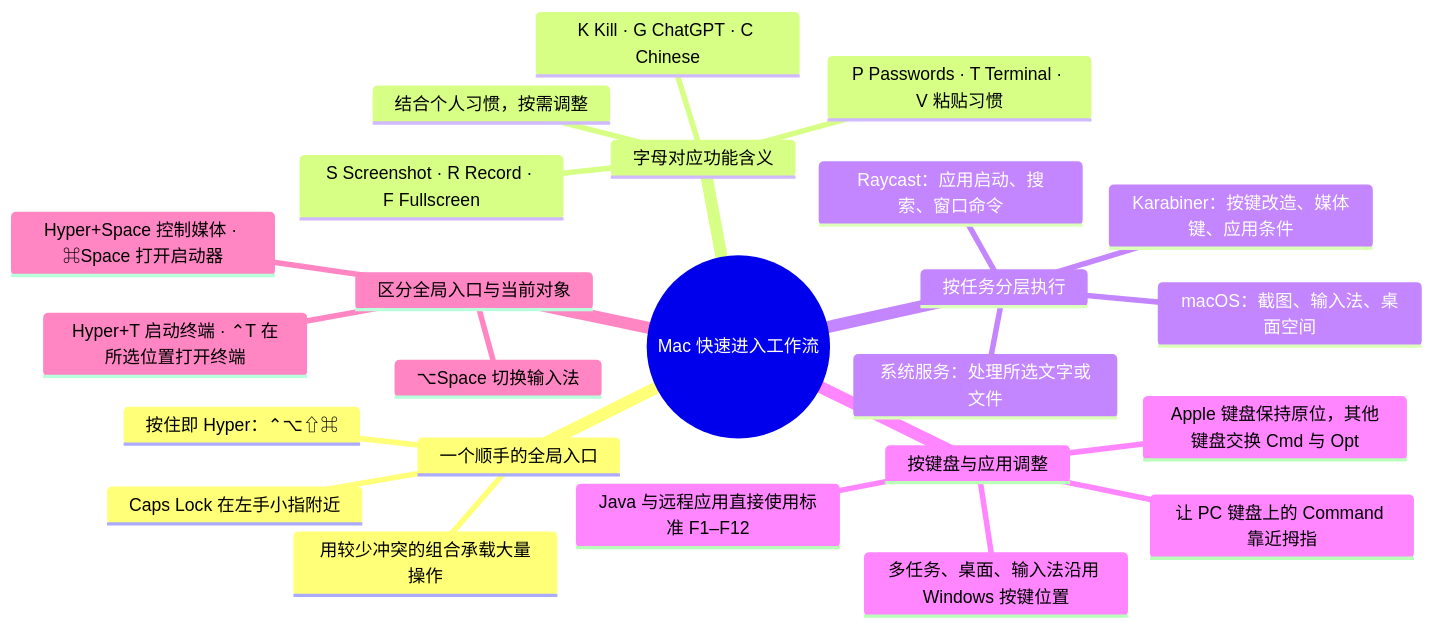
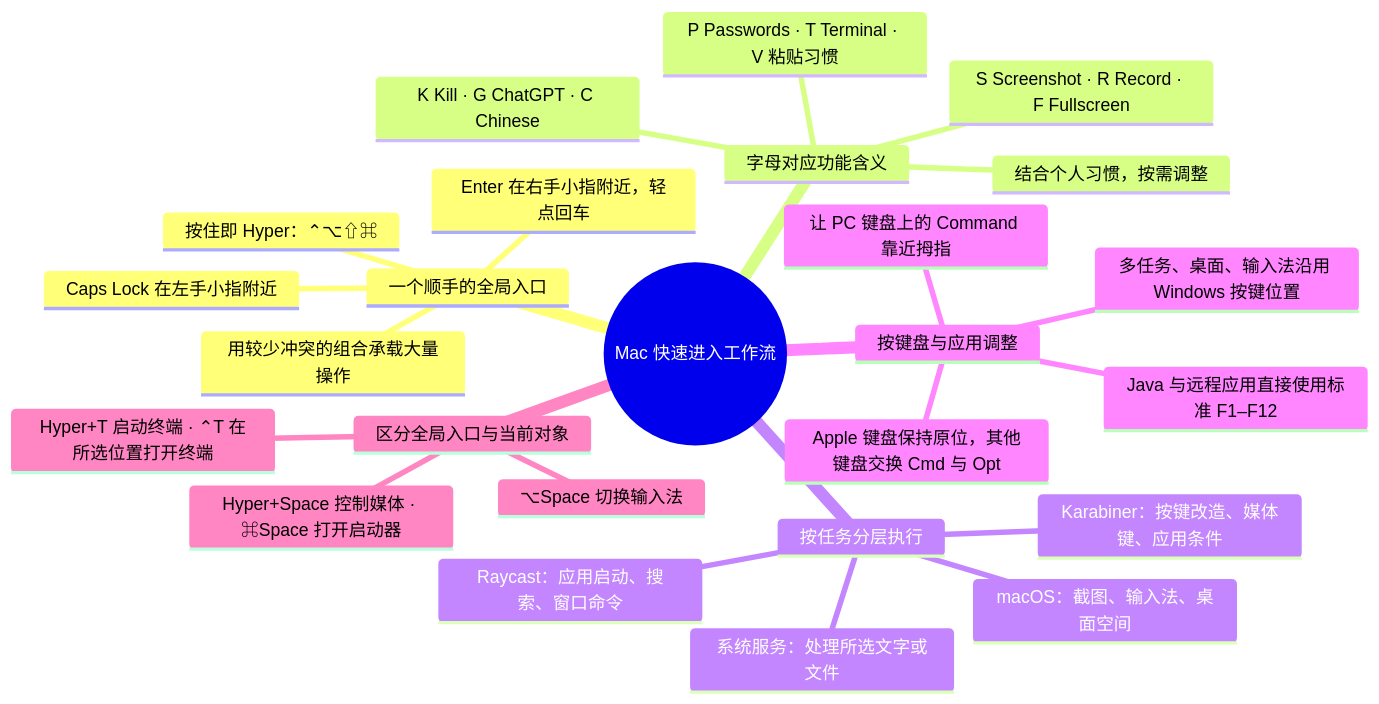
The diagram in README.md (aste2d/macos-kit), drawn with Mermaid before and after one commit. The commit also changed other lines of this file and 5 other files, not shown here.

````diff
--- a/README.md
+++ b/README.md
@@ -11,27 +11,28 @@
 ```mermaid
 mindmap
   root((Mac 快速进入工作流))
     一个顺手的全局入口
       Caps Lock 在左手小指附近
+      Enter 在右手小指附近，轻点回车
       按住即 Hyper：⌃⌥⇧⌘
       用较少冲突的组合承载大量操作
     字母对应功能含义
       P Passwords · T Terminal · V 粘贴习惯
       S Screenshot · R Record · F Fullscreen
       K Kill · G ChatGPT · C Chinese
       结合个人习惯，按需调整
     按任务分层执行
       Karabiner：按键改造、媒体键、应用条件
       Raycast：应用启动、搜索、窗口命令
       macOS：截图、输入法、桌面空间
       系统服务：处理所选文字或文件
     按键盘与应用调整
       Apple 键盘保持原位，其他键盘交换 Cmd 与 Opt
       让 PC 键盘上的 Command 靠近拇指
       多任务、桌面、输入法沿用 Windows 按键位置
       Java 与远程应用直接使用标准 F1–F12
     区分全局入口与当前对象
       Hyper+T 启动终端 · ⌃T 在所选位置打开终端
       Hyper+Space 控制媒体 · ⌘Space 打开启动器
       ⌥Space 切换输入法
 ```
````
